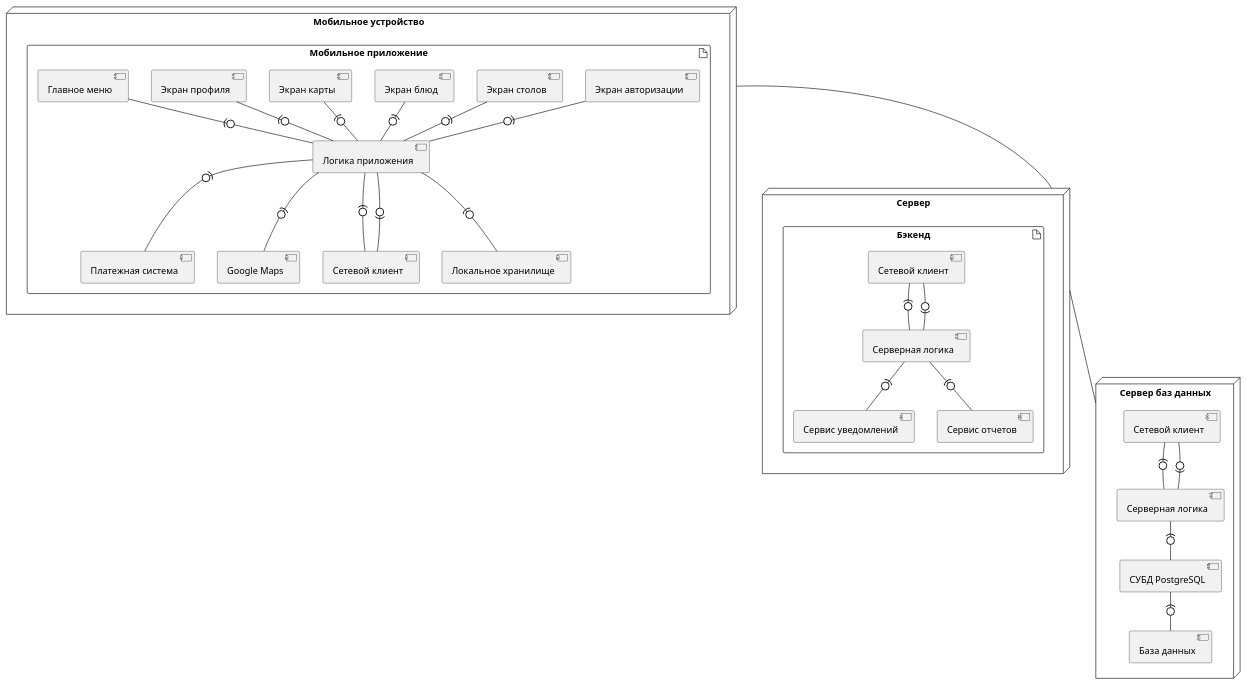
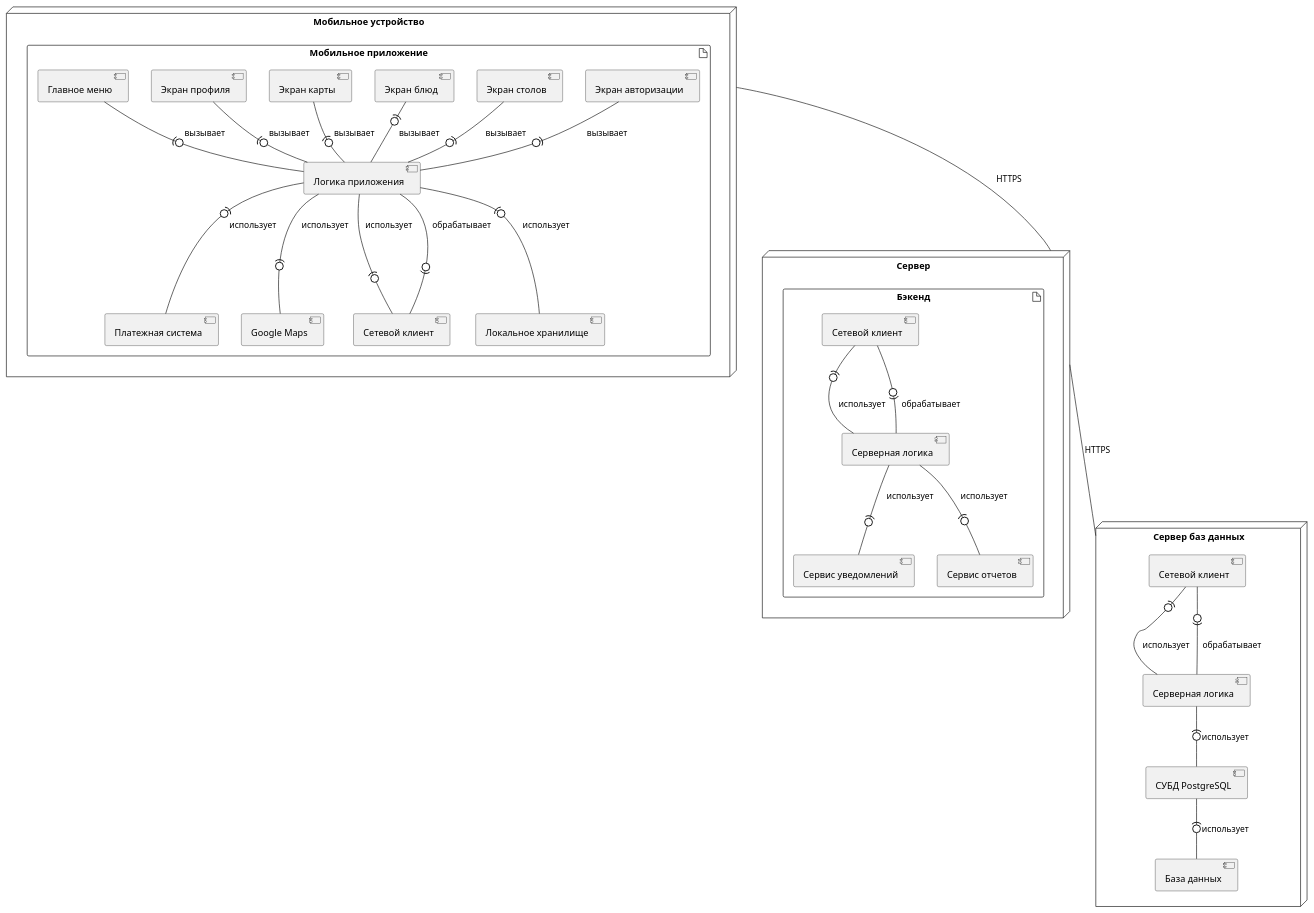
One commit to Towich/PlantUML changed the diagram in Restaurant/развертывания.wsd. Above: the diagram before and after it, drawn with PlantUML. The commit also changed 2 other files, not shown here.

```diff
--- a/Restaurant/развертывания.wsd
+++ b/Restaurant/развертывания.wsd
@@ -1,59 +1,59 @@
 @startuml
 node "Мобильное устройство" {
   artifact "Мобильное приложение" {
     component "Логика приложения" as AppLogic
     component "Платежная система" as PaymentSystem
     component "Google Maps" as GoogleMaps
     component "Экран авторизации" as AuthScreen
     component "Экран столов" as TablesScreen
     component "Экран блюд" as DishesScreen
     component "Экран карты" as MapScreen
     component "Экран профиля" as ProfileScreen
     component "Главное меню" as MainMenu
     component "Сетевой клиент" as NetworkClient
     component "Локальное хранилище" as LocalStorage
   }
 }
 
 node "Сервер" {
   artifact "Бэкенд" {
     component "Сетевой клиент" as NetworkClient1
     component "Серверная логика" as ServerLogic
     component "Сервис уведомлений" as Notifications
     component "Сервис отчетов" as ReportService
   }
 }
 
 node "Сервер баз данных" {
     component "Сетевой клиент" as NetworkClient2
     component "Серверная логика" as ServerLogic1
     component "СУБД PostgreSQL" as Database1
     component "База данных" as DB
 }
 
-"Мобильное устройство" --- "Сервер"
-"Сервер" --- "Сервер баз данных"
+"Мобильное устройство" --- "Сервер": HTTPS
+"Сервер" --- "Сервер баз данных": HTTPS
 
-AppLogic -(0- PaymentSystem
-AppLogic -(0- GoogleMaps
-AppLogic -(0- NetworkClient
-NetworkClient -(0- AppLogic
-AppLogic -(0- LocalStorage
+AppLogic -(0- PaymentSystem : использует
+AppLogic -(0- GoogleMaps : использует
+AppLogic -(0- NetworkClient : использует
+NetworkClient -(0- AppLogic : обрабатывает
+AppLogic -(0- LocalStorage : использует
 
-AuthScreen -(0- AppLogic  
-TablesScreen -(0- AppLogic
-DishesScreen -(0- AppLogic
-MapScreen -(0- AppLogic
-ProfileScreen -(0- AppLogic  
-MainMenu -(0- AppLogic 
+AuthScreen -(0- AppLogic : вызывает
+TablesScreen -(0- AppLogic : вызывает
+DishesScreen -(0- AppLogic : вызывает
+MapScreen -(0- AppLogic : вызывает
+ProfileScreen -(0- AppLogic : вызывает
+MainMenu -(0- AppLogic : вызывает
 
-NetworkClient1 -(0- ServerLogic
-ServerLogic -(0- NetworkClient1
+NetworkClient1 -(0- ServerLogic : использует
+ServerLogic -(0- NetworkClient1 : обрабатывает
 
-ServerLogic -(0- Notifications
-ServerLogic -(0- ReportService
-NetworkClient2 -(0- ServerLogic1
-ServerLogic1 -(0- NetworkClient2
-ServerLogic1 -(0- Database1
-Database1 -(0- DB
+ServerLogic -(0- Notifications : использует
+ServerLogic -(0- ReportService : использует
+NetworkClient2 -(0- ServerLogic1 : использует
+ServerLogic1 -(0- NetworkClient2 : обрабатывает
+ServerLogic1 -(0- Database1 : использует
+Database1 -(0- DB : использует
 @enduml
```
